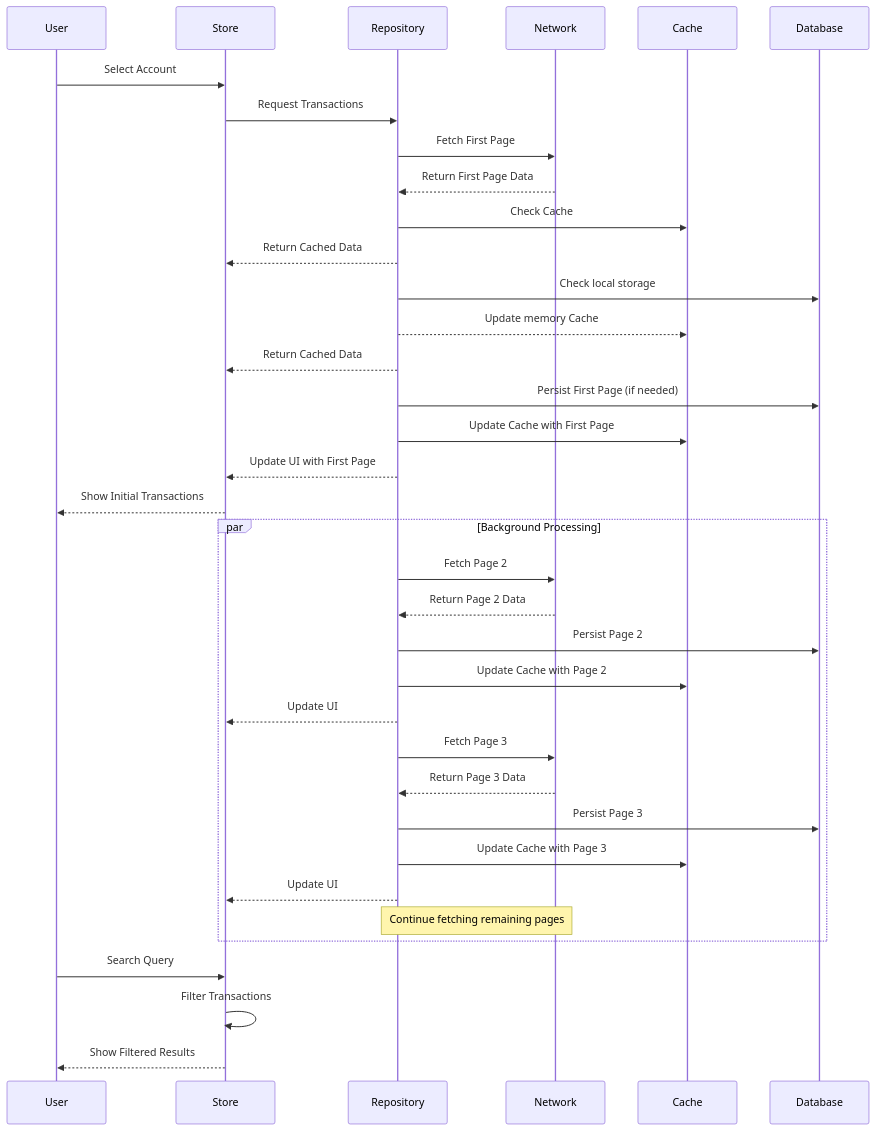
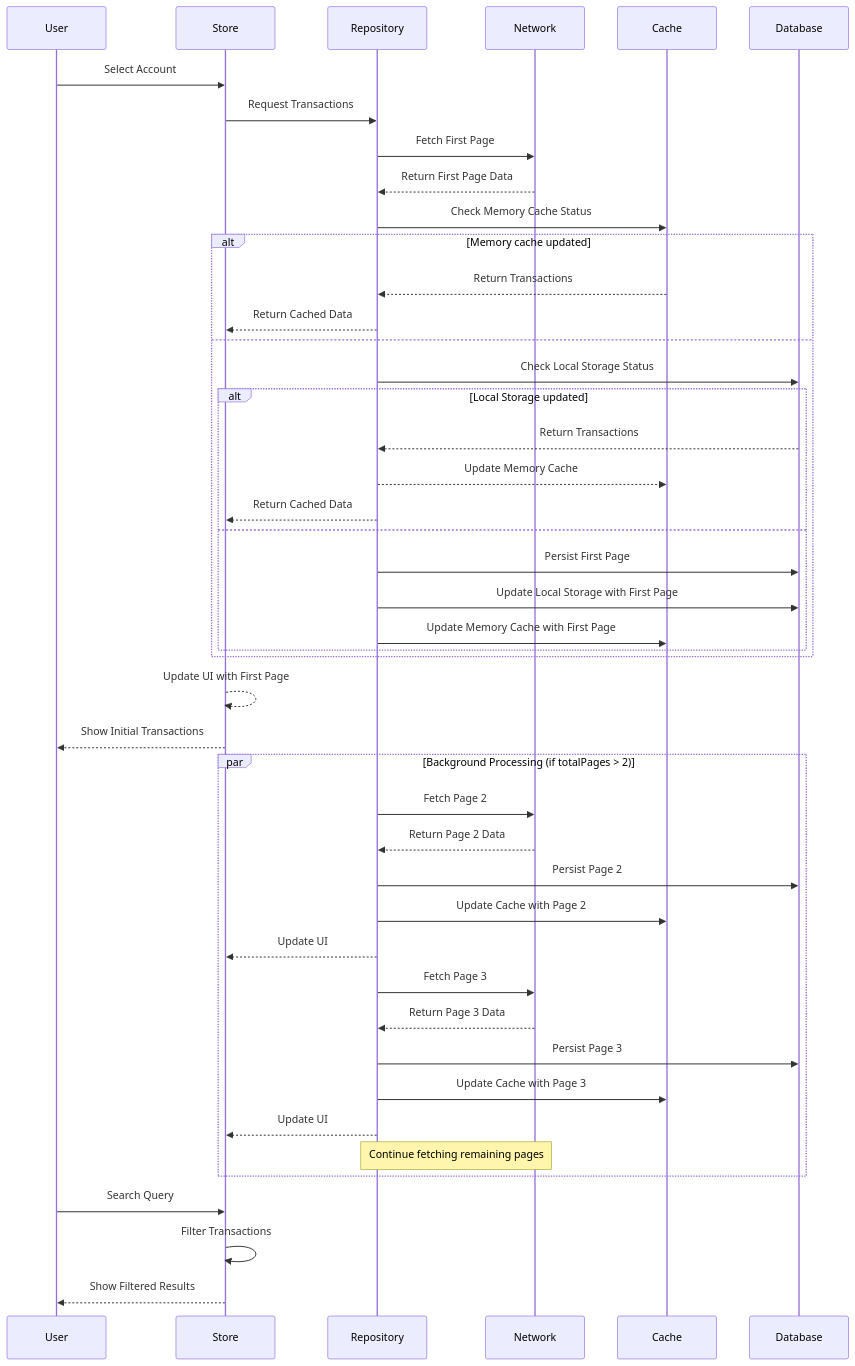
One commit to FanyCastro/BankTransactionsPoc changed the diagram in README.md. Above: the diagram before and after it, drawn with Mermaid.

````diff
--- a/README.md
+++ b/README.md
@@ -48,36 +48,48 @@
 ```mermaid
 sequenceDiagram
     User->>Store: Select Account
     Store->>Repository: Request Transactions
     Repository->>Network: Fetch First Page
     Network-->>Repository: Return First Page Data
-    Repository->>Cache: Check Cache
-    Repository-->>Store: Return Cached Data 
-    Repository->>Database: Check local storage
-    Repository-->>Cache: Update memory Cache 
-    Repository-->>Store: Return Cached Data
-    Repository->>Database: Persist First Page (if needed)
-    Repository->>Cache: Update Cache with First Page
-    Repository-->>Store: Update UI with First Page
+
+    Repository->>Cache: Check Memory Cache Status
+    alt Memory cache updated
+        Cache-->>Repository: Return Transactions
+        Repository-->>Store: Return Cached Data
+    else 
+        Repository->>Database: Check Local Storage Status
+        alt Local Storage updated
+            Database-->>Repository: Return Transactions
+            Repository-->>Cache: Update Memory Cache 
+            Repository-->>Store: Return Cached Data
+        else 
+            Repository->>Database: Persist First Page 
+            Repository->>Database: Update Local Storage with First Page
+            Repository->>Cache: Update Memory Cache with First Page
+        end
+    end
+
+    Store-->>Store: Update UI with First Page
     Store-->>User: Show Initial Transactions
     
-    par Background Processing
+    par Background Processing (if totalPages > 2)
         Repository->>Network: Fetch Page 2
         Network-->>Repository: Return Page 2 Data
         Repository->>Database: Persist Page 2
         Repository->>Cache: Update Cache with Page 2
         Repository-->>Store: Update UI
         
         Repository->>Network: Fetch Page 3
         Network-->>Repository: Return Page 3 Data
         Repository->>Database: Persist Page 3
         Repository->>Cache: Update Cache with Page 3
         Repository-->>Store: Update UI
         
         Note over Repository,Network: Continue fetching remaining pages
     end
     
     User->>Store: Search Query
     Store->>Store: Filter Transactions
     Store-->>User: Show Filtered Results
+
 ```
````
